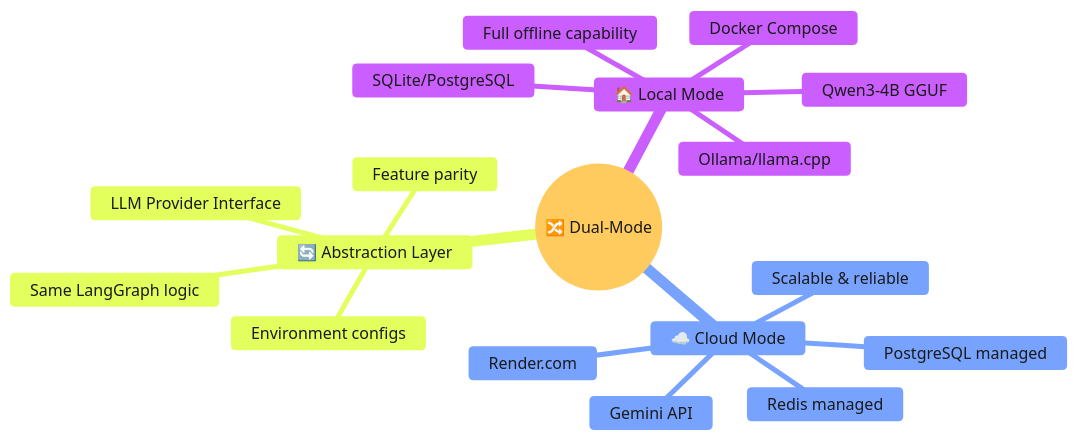
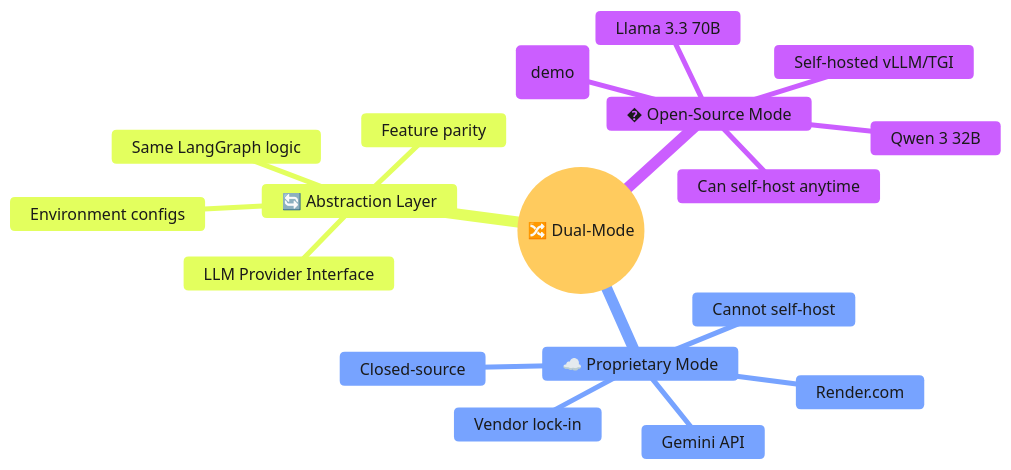
Before and after one commit to Px8Studio/yonja: the first of 3 diagrams in docs/zekalab/12-DUAL-MODE-DEPLOYMENT.md, drawn with Mermaid. The commit also changed other lines of this file and 8 other files, not shown here.

First line of the commit message:
Refactor model selection and deployment strategy to prioritize open-source models

````diff
--- a/docs/zekalab/12-DUAL-MODE-DEPLOYMENT.md
+++ b/docs/zekalab/12-DUAL-MODE-DEPLOYMENT.md
@@ -9,22 +20,22 @@
 ```mermaid
 %%{init: {'theme': 'base', 'themeVariables': { 'primaryTextColor': '#1a1a1a', 'lineColor': '#424242'}}}%%
 mindmap
   root((🔀 Dual-Mode))
-    🏠 Local Mode
-      Docker Compose
-      Ollama/llama.cpp
-      Qwen3-4B GGUF
-      SQLite/PostgreSQL
-      Full offline capability
-    ☁️ Cloud Mode
+    � Open-Source Mode
+      Groq API (demo)
+      Self-hosted vLLM/TGI
+      Llama 3.3 70B
+      Qwen 3 32B
+      Can self-host anytime
+    ☁️ Proprietary Mode
       Render.com
       Gemini API
-      PostgreSQL managed
-      Redis managed
-      Scalable & reliable
+      Closed-source
+      Cannot self-host
+      Vendor lock-in
     🔄 Abstraction Layer
       LLM Provider Interface
       Same LangGraph logic
       Feature parity
       Environment configs
 ```
````
